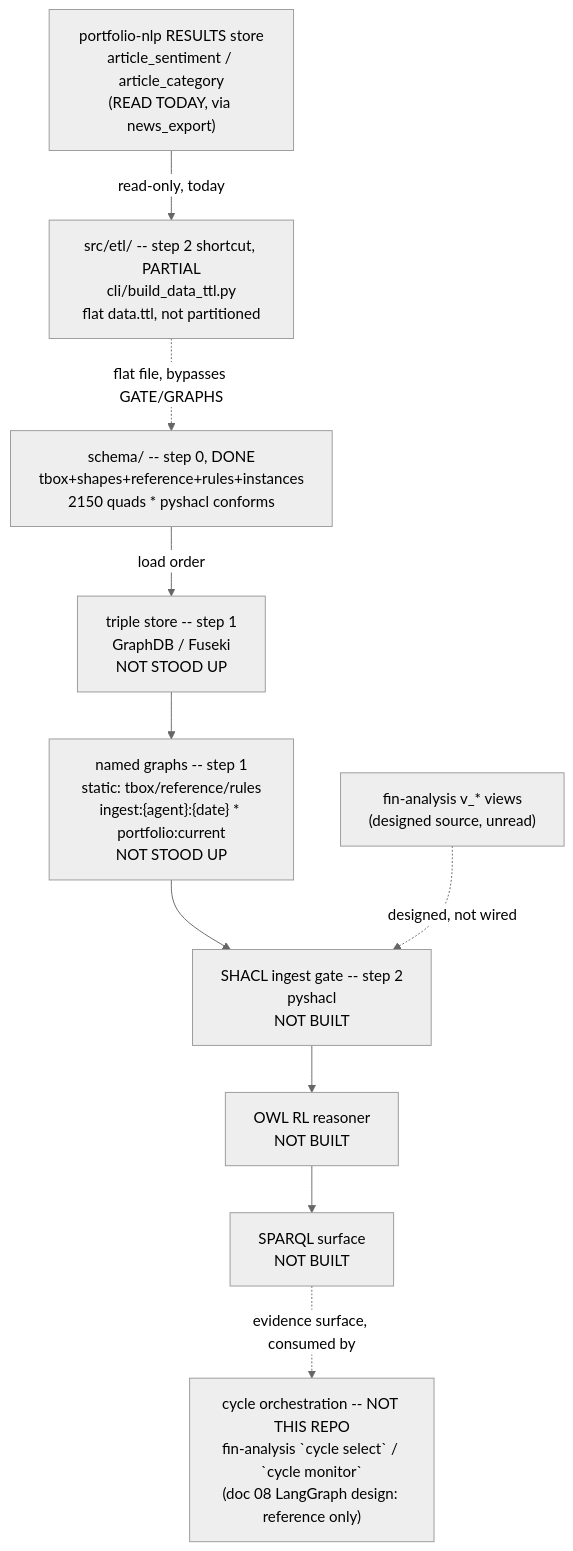
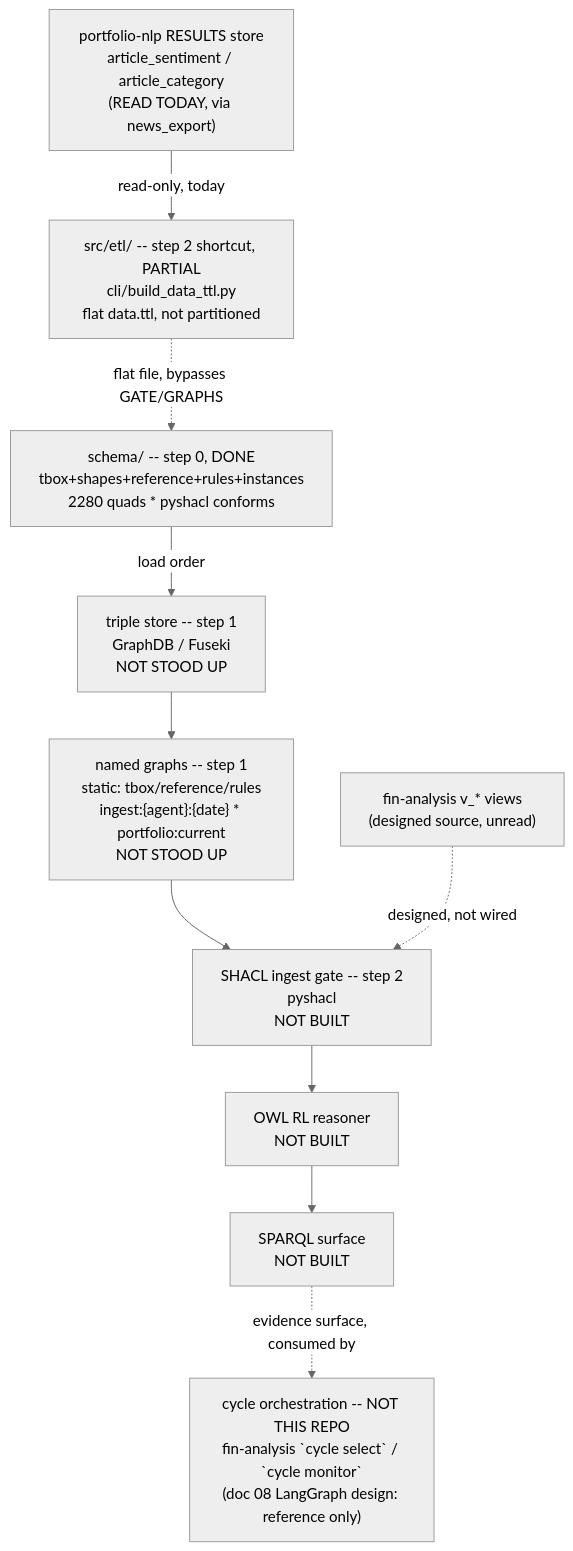
The diagram in .specify/memory/SPEC.md (gamug/portfolio-knowledge-graph), drawn with Mermaid (neutral theme) before and after one commit. The commit also changed other lines of this file and 11 other files, not shown here.

First line of the commit message:
feat(schema): project upstream quant benchmark books and finished numbers (T-108, D11)

````diff
--- a/.specify/memory/SPEC.md
+++ b/.specify/memory/SPEC.md
@@ -298,20 +298,20 @@
 ```mermaid
 flowchart TB
-    SCHEMA["schema/ -- step 0, DONE<br/>tbox+shapes+reference+rules+instances<br/>2150 quads * pyshacl conforms"]
+    SCHEMA["schema/ -- step 0, DONE<br/>tbox+shapes+reference+rules+instances<br/>2280 quads * pyshacl conforms"]
     STORE["triple store -- step 1<br/>GraphDB / Fuseki<br/>NOT STOOD UP"]
     GRAPHS["named graphs -- step 1<br/>static: tbox/reference/rules<br/>ingest:{agent}:{date} * portfolio:current<br/>NOT STOOD UP"]
     GATE["SHACL ingest gate -- step 2<br/>pyshacl<br/>NOT BUILT"]
     FIN["fin-analysis v_* views<br/>(designed source, unread)"]
     NLPRES["portfolio-nlp RESULTS store<br/>article_sentiment / article_category<br/>(READ TODAY, via news_export)"]
     ETL["src/etl/ -- step 2 shortcut, PARTIAL<br/>cli/build_data_ttl.py<br/>flat data.ttl, not partitioned"]
     REASON["OWL RL reasoner<br/>NOT BUILT"]
     SPARQL["SPARQL surface<br/>NOT BUILT"]
     AGENTS["cycle orchestration -- NOT THIS REPO<br/>fin-analysis `cycle select` / `cycle monitor`<br/>(doc 08 LangGraph design: reference only)"]
 
     SCHEMA -->|load order| STORE --> GRAPHS --> GATE
     FIN -.->|designed, not wired| GATE
     NLPRES -->|read-only, today| ETL
     ETL -.->|flat file, bypasses GATE/GRAPHS| SCHEMA
     GATE --> REASON --> SPARQL
     SPARQL -.->|evidence surface, consumed by| AGENTS
 ```
````
